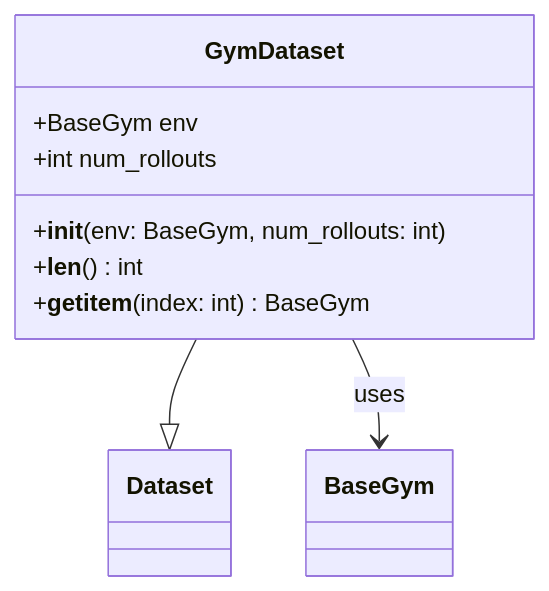
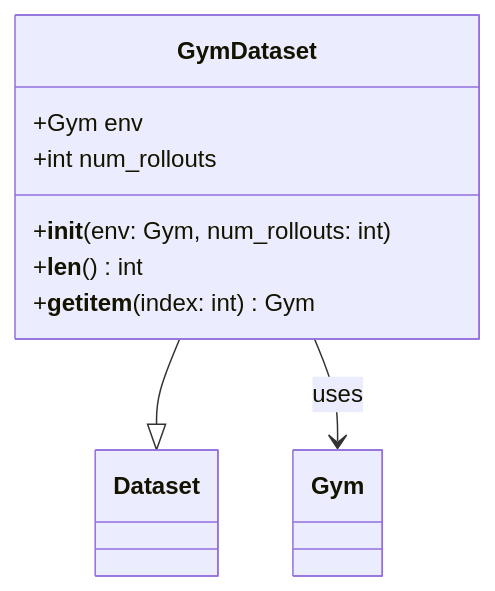
Before and after one commit to open-edge-platform/physical-ai-studio: the diagram in library/docs/design/data/gym.md, drawn with Mermaid. The commit also changed 8 other files, not shown here.

First line of the commit message:
refactor: Rename BaseGym to Gym

````diff
--- a/library/docs/design/data/gym.md
+++ b/library/docs/design/data/gym.md
@@ -7,15 +7,15 @@
 ```mermaid
 classDiagram
     class Dataset
-    class BaseGym
+    class Gym
 
     class GymDataset{
-        +BaseGym env
+        +Gym env
         +int num_rollouts
-        +__init__(env: BaseGym, num_rollouts: int)
+        +__init__(env: Gym, num_rollouts: int)
         +__len__() int
-        +__getitem__(index: int) BaseGym
+        +__getitem__(index: int) Gym
     }
     GymDataset --|> Dataset
-    GymDataset --> BaseGym : uses
+    GymDataset --> Gym : uses
 ```
````
